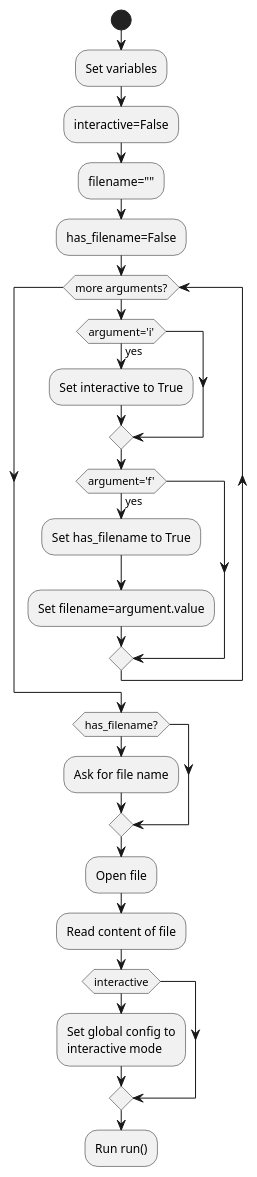
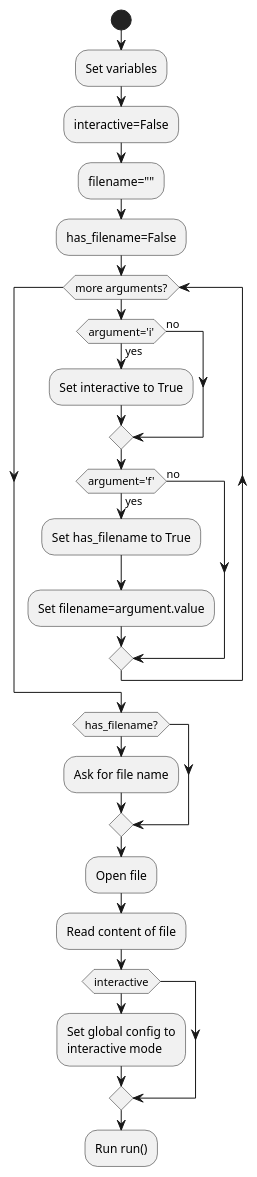
Before and after one commit to sj19217/CS-Coursework: the second of 18 diagrams in Interpreter/algorithms_structure.md, drawn with PlantUML. The commit also changed other lines of this file and 1 other file, not shown here.

````diff
--- a/Interpreter/algorithms_structure.md
+++ b/Interpreter/algorithms_structure.md
@@ -51,34 +51,36 @@
 ```plantuml
 @startuml
 start
 
 :Set variables;
 :interactive=False;
 :filename="";
 :has_filename=False;
 
 while (more arguments?)
     if (argument='i') then (yes)
         :Set interactive to True;
+    else (no)
     endif
     if (argument='f') then (yes)
         :Set has_filename to True;
         :Set filename=argument.value;
+    else (no)
     endif
 endwhile
 
 if (has_filename?)
     :Ask for file name;
 endif
 
 :Open file;
 :Read content of file;
 
 if (interactive)
     :Set global config to
     interactive mode;
 endif
 
 :Run run();
 @enduml
 ```
````
